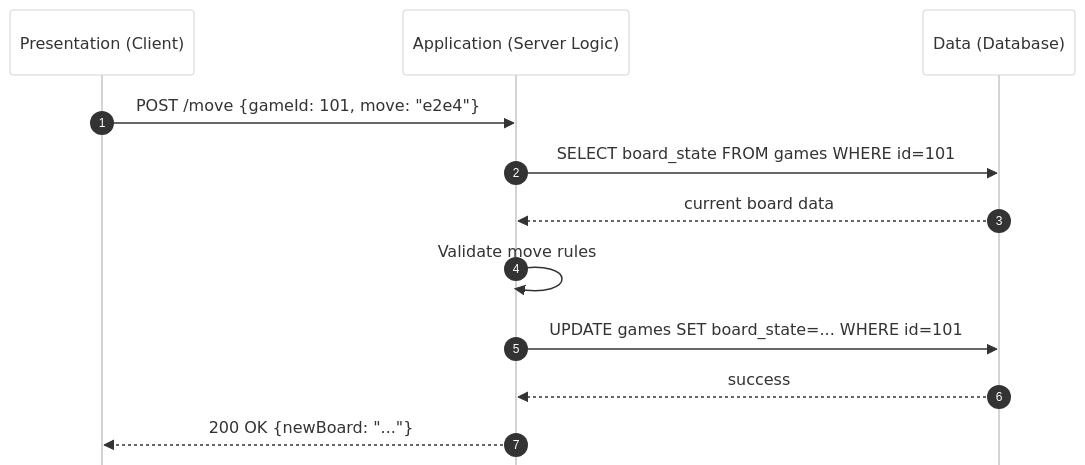
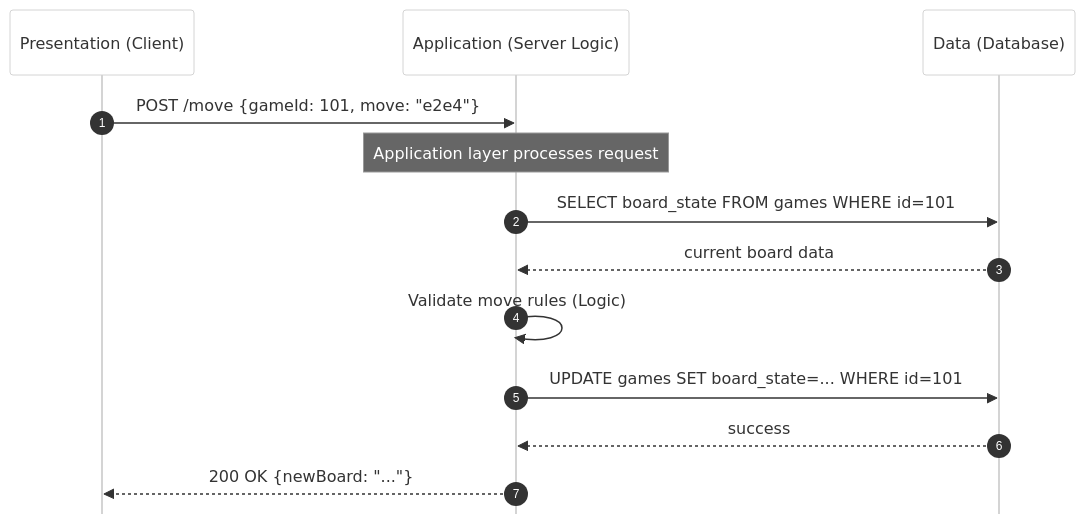
One commit to byucsstudent/cs240v2 changed the third of 13 diagrams in instruction/distributed-application-architectures/distributed-application-architectures.md. Above: the diagram before and after it, drawn with Mermaid. The commit also changed other lines of this file, not shown here.

Commit message:
Lee Jensen - update(Distributed Application Architectures)

````diff
--- a/instruction/distributed-application-architectures/distributed-application-architectures.md
+++ b/instruction/distributed-application-architectures/distributed-application-architectures.md
@@ -54,22 +81,21 @@
 ```mermaid
 %%{init: { 'theme': 'neutral', 'look': 'handDrawn',
   'sequence': { 
     'mirrorActors': false,
     'showSequenceNumbers': true
   }, 'themeVariables': { 'mainBkg': '#ffffff', 'lineColor': '#000000', 'primaryTextColor': '#000000' } }}%%
 
-
-
 sequenceDiagram
     participant C as Presentation (Client)
     participant A as Application (Server Logic)
     participant D as Data (Database)
     
     C->>A: POST /move {gameId: 101, move: "e2e4"}
+    Note over A: Application layer processes request
     A->>D: SELECT board_state FROM games WHERE id=101
     D-->>A: current board data
-    A->>A: Validate move rules
+    A->>A: Validate move rules (Logic)
     A->>D: UPDATE games SET board_state=... WHERE id=101
     D-->>A: success
     A-->>C: 200 OK {newBoard: "..."}
 ```
````
